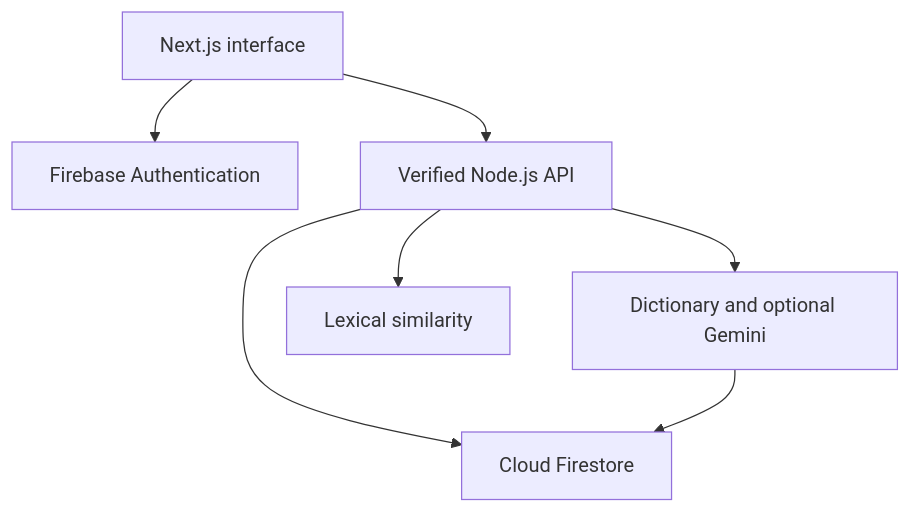
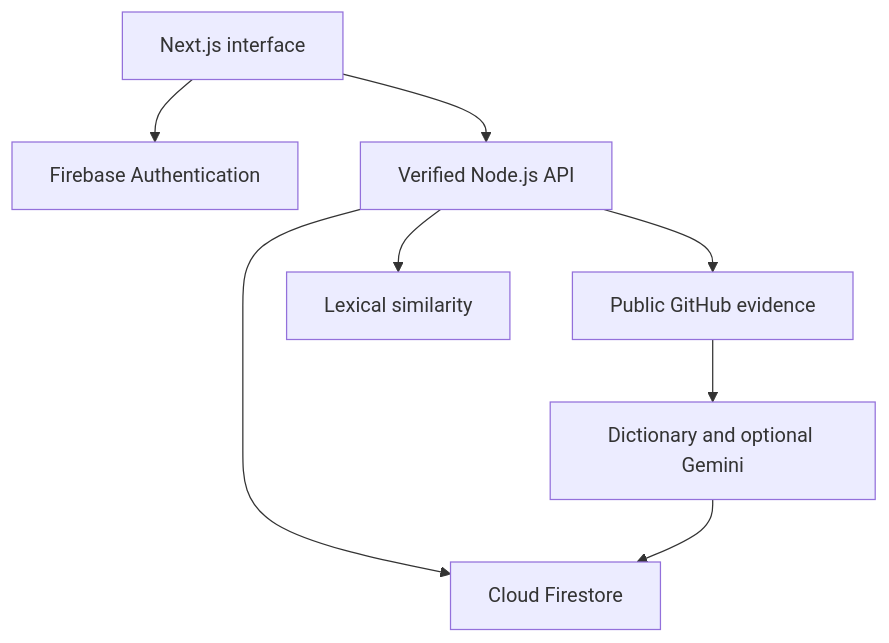
One commit to MGmidhun17/sih-central-hub changed the diagram in README.md. Above: the diagram before and after it, drawn with Mermaid. The commit also changed other lines of this file and 11 other files, not shown here.

````diff
--- a/README.md
+++ b/README.md
@@ -158,9 +174,10 @@
 ```mermaid
 flowchart TD
   UI["Next.js interface"] --> Auth["Firebase Authentication"]
   UI --> API["Verified Node.js API"]
   API --> DB["Cloud Firestore"]
-  API --> AI["Dictionary and optional Gemini"]
+  API --> GH["Public GitHub evidence"]
+  GH --> AI["Dictionary and optional Gemini"]
   API --> Similarity["Lexical similarity"]
   AI --> DB
 ```
````
